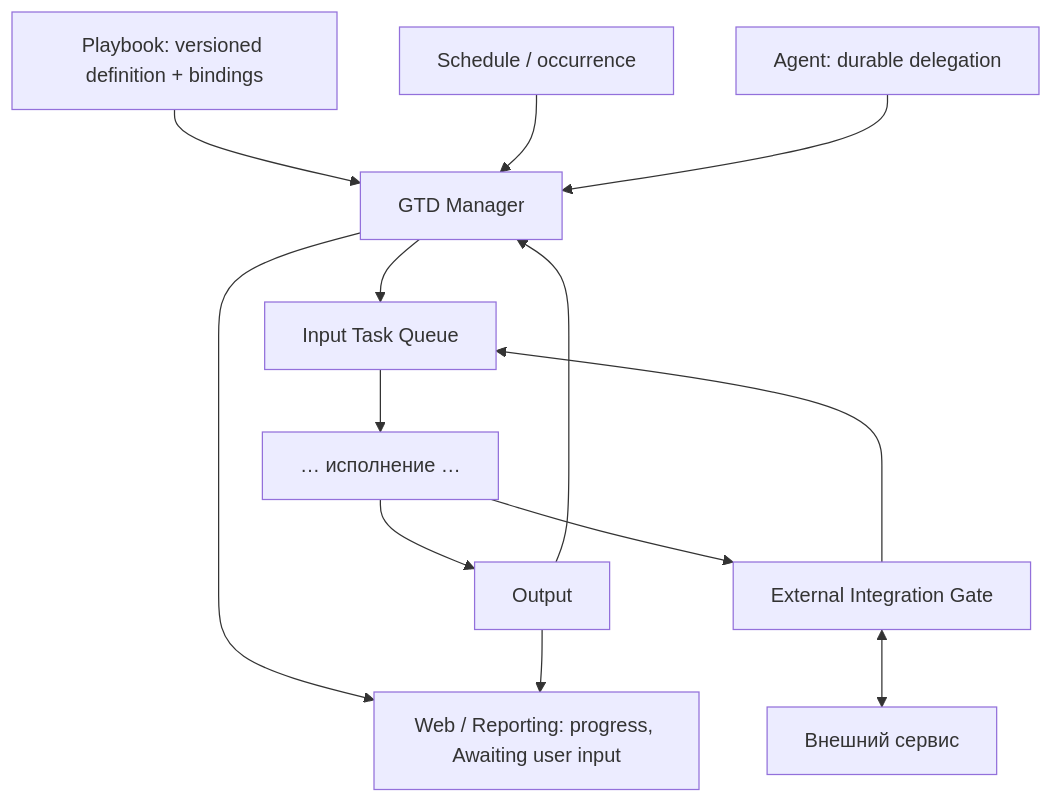
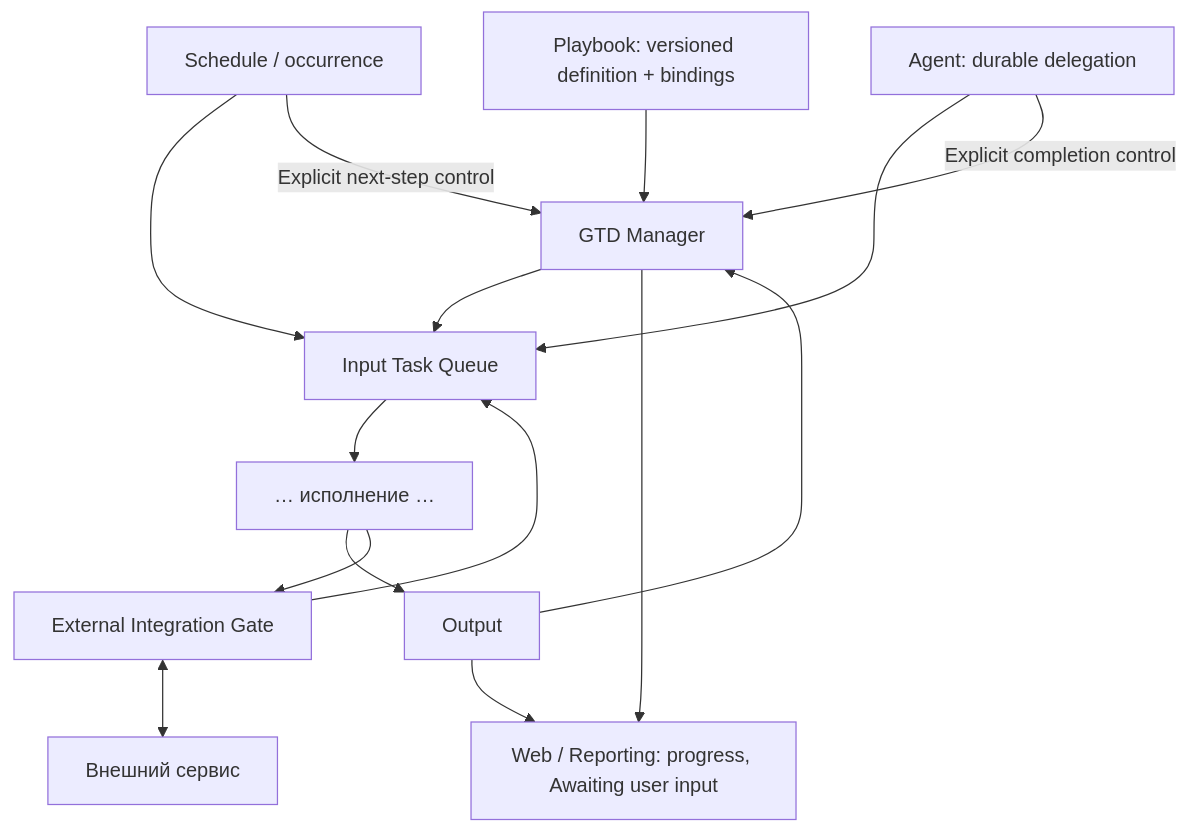
One commit to trained-assist/trained-agent-architecture changed the third of 3 diagrams in ARCHITECTURE.md. Above: the diagram before and after it, drawn with Mermaid. The commit also changed other lines of this file, not shown here.

Commit message:
docs: adopt selective GTD, OpenCode escalation, watcher and observability

````diff
--- a/ARCHITECTURE.md
+++ b/ARCHITECTURE.md
@@ -72,15 +77,17 @@
 ```mermaid
 flowchart TD
   PB["Playbook: versioned definition + bindings"] --> GTD["GTD Manager"]
-  SC["Schedule / occurrence"] --> GTD
-  AG["Agent: durable delegation"] --> GTD
+  SC["Schedule / occurrence"] --> I
+  AG["Agent: durable delegation"] --> I
+  SC -->|"Explicit next-step control"| GTD
+  AG -->|"Explicit completion control"| GTD
   GTD --> I["Input Task Queue"]
   I --> EX["… исполнение …"]
   EX --> O["Output"]
   O --> GTD
   EX --> EG["External Integration Gate"]
   EG <--> ES["Внешний сервис"]
   EG --> I
   GTD --> W["Web / Reporting: progress, Awaiting user input"]
   O --> W
 ```
````
